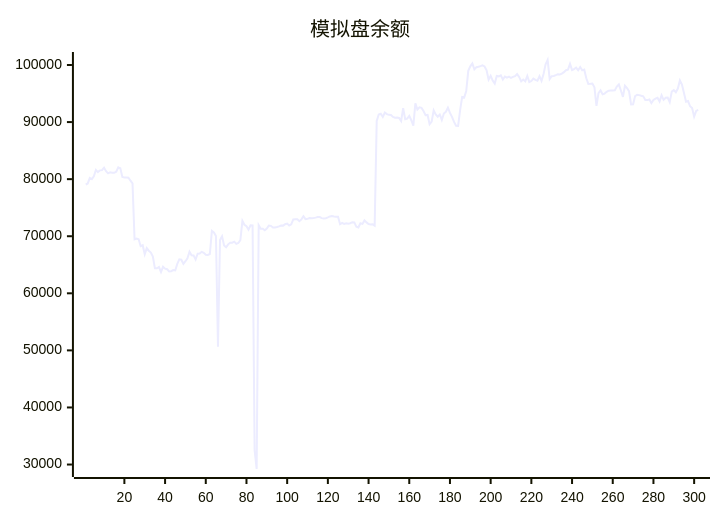
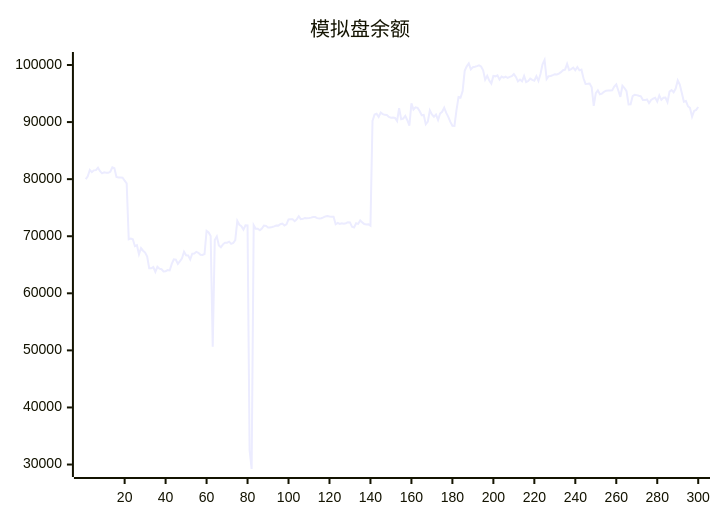
One commit to aahl/ai-trading changed the diagram in README.md. Above: the diagram before and after it, drawn with Mermaid. The commit also changed other lines of this file and 1 other file, not shown here.

````diff
--- a/README.md
+++ b/README.md
@@ -5,5 +5,5 @@
 ```mermaid
 xychart
     title "模拟盘余额"
-    line [79063,79245,80227,80016,80507,81625,81233,81544,81578,82016,81401,81019,81186,81130,81118,81306,82066,81909,80392,80304,80291,80258,79729,79261,69466,69579,69456,68251,68415,66832,67911,67462,67144,66432,64380,64375,64606,63741,64647,64324,64216,63842,63877,64079,64008,65156,65945,65888,65157,65625,66144,67284,66653,66639,65924,66925,66956,67263,67108,66766,66729,66886,70927,70673,70049,50652,69334,69973,68400,68061,68578,68877,68879,69055,68662,68822,69329,72687,71999,71760,71163,71911,71896,32500,29218,71927,71297,71305,71044,71337,71883,71822,71536,71536,71622,71723,71880,71860,72100,72216,71887,72077,72940,72976,72966,72638,72948,73497,73004,73041,73173,73160,73187,73258,73375,73351,73173,73098,73161,73305,73474,73536,73457,73413,73412,72100,72333,72164,72272,72204,72285,72461,72421,71652,71521,72267,72157,72774,72425,72144,72060,72091,71858,90185,91338,91466,90900,91678,91404,91268,91244,90903,90779,90787,90721,90187,92429,90518,90619,91070,90328,89376,93286,92202,92581,92485,91947,91196,91259,89619,90086,92063,91355,90950,91327,90373,91498,91800,92531,91603,90910,90031,89351,89334,92097,94406,94315,95455,98972,99763,100286,99229,99622,99701,99805,99938,99738,99082,97430,98094,97267,96741,98081,98013,98194,97447,97983,97789,97969,97729,97911,98043,98405,97912,97120,97448,97154,98095,97021,97191,97616,97402,97263,98035,97210,98424,100121,100876,97552,98049,98085,98228,98388,98342,98488,98750,99086,99181,100188,99107,99272,99553,99072,99636,99061,99186,97674,96679,96704,96743,96096,92830,95088,95560,94866,94995,95295,95497,95531,95527,95559,96236,96597,95538,94422,96363,95972,95418,93095,93128,94558,94795,94727,94611,94508,93857,93852,93955,93340,93862,94112,94249,93603,94682,93898,94267,94288,93490,95337,95601,95226,95879,97301,96573,95113,93569,93681,92773,92453,90953,91954,92130]
+    line [80016,80507,81625,81233,81544,81578,82016,81401,81019,81186,81130,81118,81306,82066,81909,80392,80304,80291,80258,79729,79261,69466,69579,69456,68251,68415,66832,67911,67462,67144,66432,64380,64375,64606,63740,64647,64324,64216,63842,63877,64078,64008,65156,65945,65888,65157,65625,66144,67284,66653,66639,65924,66925,66956,67263,67108,66766,66729,66886,70927,70673,70049,50652,69334,69973,68400,68061,68578,68876,68879,69055,68662,68822,69329,72687,71999,71760,71162,71911,71896,32500,29218,71927,71297,71305,71044,71337,71883,71822,71536,71536,71622,71723,71880,71860,72100,72216,71887,72077,72940,72976,72966,72638,72948,73497,73004,73041,73173,73160,73186,73258,73375,73351,73173,73098,73161,73305,73474,73536,73457,73413,73412,72100,72333,72164,72272,72204,72285,72461,72421,71652,71521,72267,72157,72774,72424,72144,72060,72091,71858,90185,91338,91466,90900,91678,91404,91268,91244,90903,90779,90787,90721,90187,92429,90518,90619,91070,90328,89376,93286,92202,92581,92485,91947,91196,91259,89619,90086,92063,91355,90950,91327,90373,91498,91800,92531,91603,90910,90031,89351,89334,92097,94406,94315,95455,98972,99763,100286,99229,99622,99701,99805,99938,99738,99082,97430,98094,97267,96741,98081,98013,98194,97447,97983,97789,97969,97729,97911,98043,98405,97912,97120,97448,97154,98095,97021,97190,97616,97402,97263,98035,97210,98424,100120,100876,97552,98049,98085,98228,98388,98342,98488,98750,99086,99181,100188,99107,99272,99553,99072,99636,99061,99186,97674,96679,96704,96743,96096,92830,95088,95560,94866,94995,95295,95497,95531,95527,95559,96236,96597,95538,94422,96363,95972,95418,93094,93128,94558,94795,94727,94611,94508,93857,93852,93954,93340,93862,94112,94249,93603,94682,93898,94267,94288,93490,95337,95601,95226,95879,97301,96573,95113,93569,93681,92773,92453,90952,91954,92130,92637]
 ```
````
